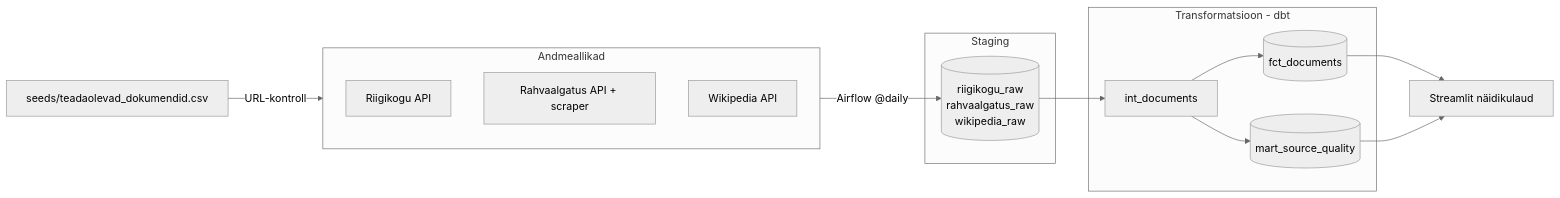
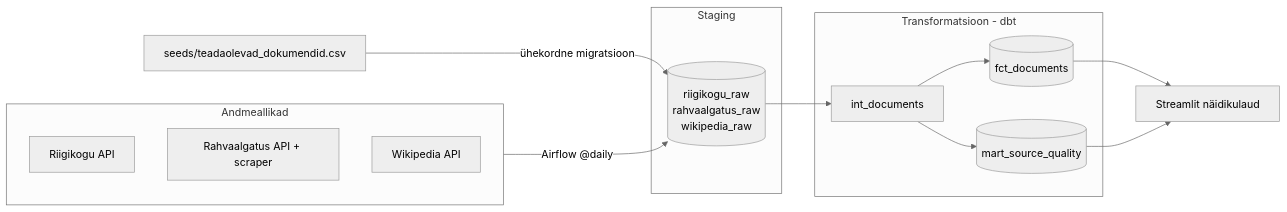
The diagram in docs/arhitektuur.md (eleriaedmaa/tekstiandmete_kvaliteet), drawn with Mermaid (neutral theme) before and after one commit. The commit also changed other lines of this file, not shown here.

````diff
--- a/docs/arhitektuur.md
+++ b/docs/arhitektuur.md
@@ -27,26 +27,26 @@
 ```mermaid
 flowchart LR
     subgraph allikad[Andmeallikad]
         rk[Riigikogu API]
         ra[Rahvaalgatus API + scraper]
         wp[Wikipedia API]
     end
 
     subgraph staging[Staging]
         raw[(riigikogu_raw\nrahvaalgatus_raw\nwikipedia_raw)]
     end
 
     subgraph transform[Transformatsioon - dbt]
         int[int_documents]
         fct[(fct_documents)]
         quality[(mart_source_quality)]
     end
 
-    seed[seeds/teadaolevad_dokumendid.csv] -->|URL-kontroll| allikad
+    seed[seeds/teadaolevad_dokumendid.csv] -->|"ühekordne migratsioon"| raw
     allikad -->|Airflow @daily| raw
     raw --> int
     int --> fct
     int --> quality
     fct --> dashboard[Streamlit näidikulaud]
     quality --> dashboard
 ```
````
